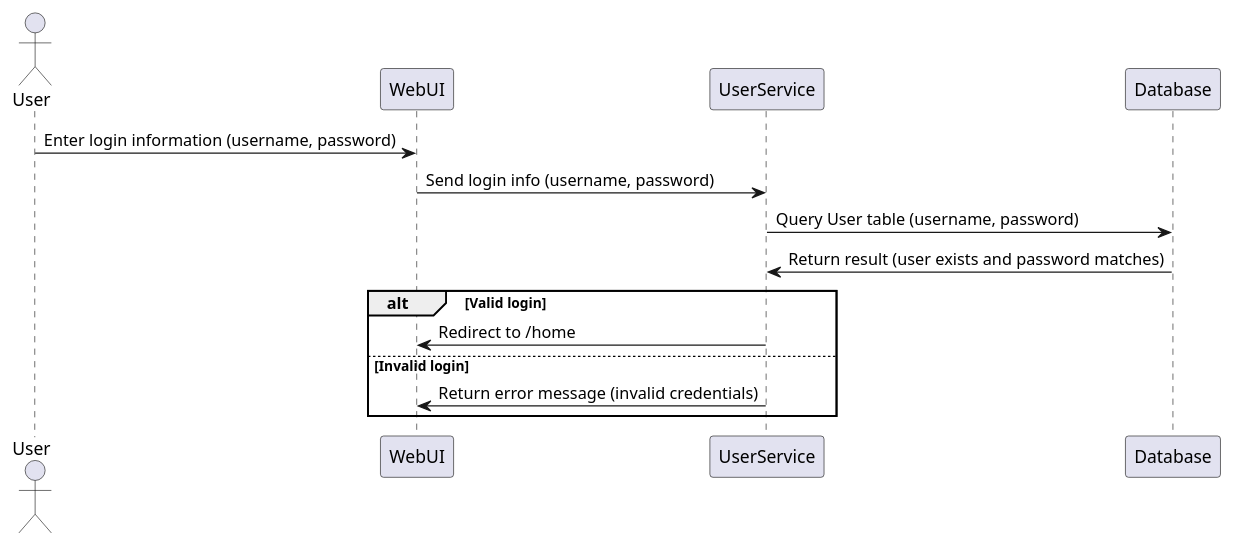
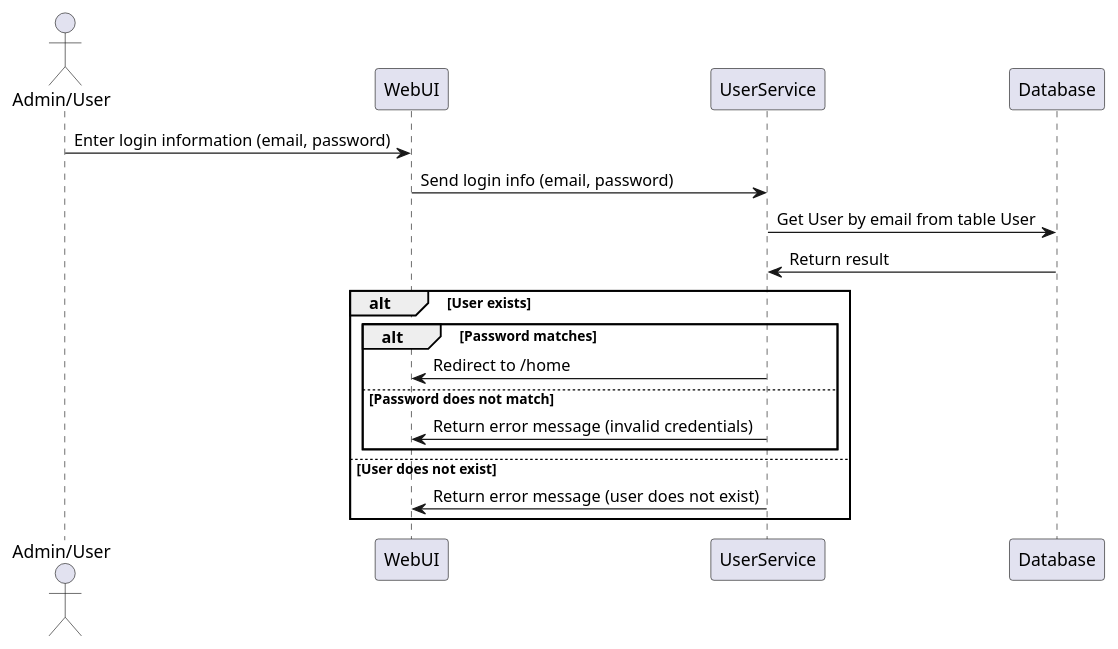
The diagram in diagram/Login_Sequence.md (twicelike/project-newjeans), drawn with PlantUML before and after one commit. The commit also changed 6 other files, not shown here.

````diff
--- a/diagram/Login_Sequence.md
+++ b/diagram/Login_Sequence.md
@@ -1,19 +1,23 @@
 ```uml
 @startuml
-actor User
+actor "Admin/User" as User
 participant WebUI
 participant UserService
 participant Database
 
-User -> WebUI : Enter login information (username, password)
-WebUI -> UserService : Send login info (username, password)
-UserService -> Database : Query User table (username, password)
-Database -> UserService : Return result (user exists and password matches)
+User -> WebUI : Enter login information (email, password)
+WebUI -> UserService : Send login info (email, password)
+UserService -> Database : Get User by email from table User
+Database -> UserService : Return result
 
-alt Valid login
-    UserService -> WebUI : Redirect to /home
-else Invalid login
-    UserService -> WebUI : Return error message (invalid credentials)
+alt User exists
+    alt Password matches
+        UserService -> WebUI : Redirect to /home
+    else Password does not match
+        UserService -> WebUI : Return error message (invalid credentials)
+    end
+else User does not exist
+    UserService -> WebUI : Return error message (user does not exist)
 end
 @enduml
 ```
````
